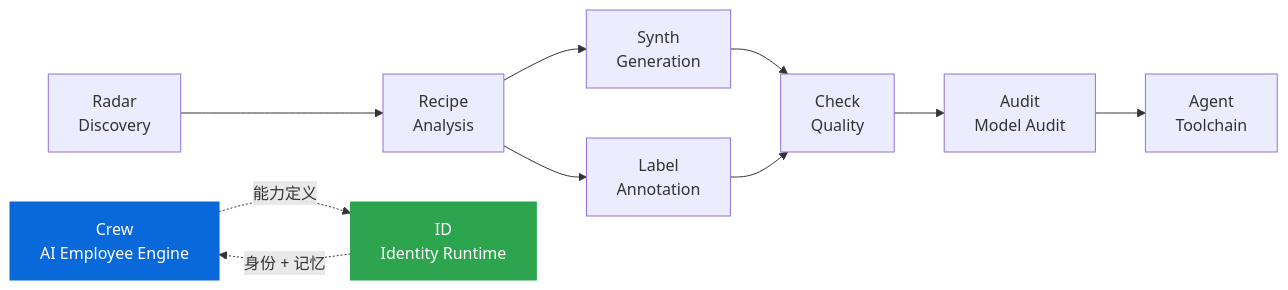
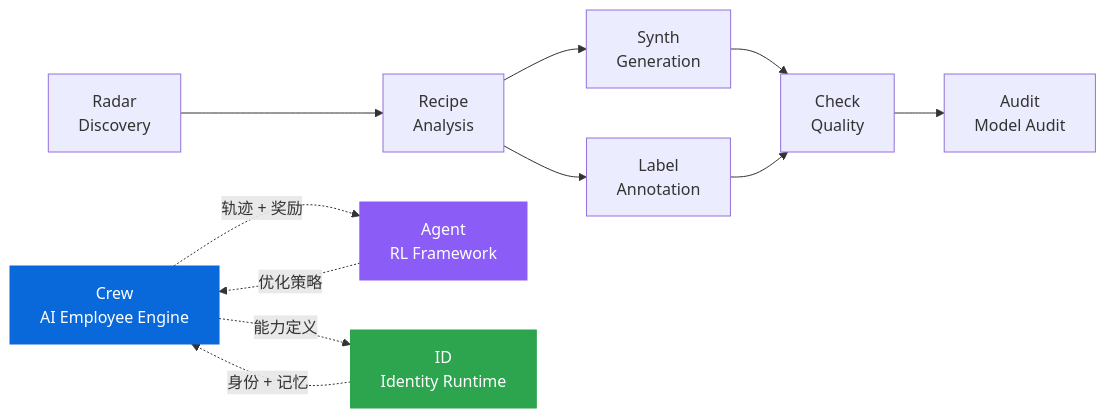
Before and after one commit to liuxiaotong/knowlyr-crew: the second of 2 diagrams in README.md, drawn with Mermaid. The commit also changed other lines of this file, not shown here.

Commit message:
docs: 统一生态表格层级命名，修正 Agent 项目定位描述

````diff
--- a/README.md
+++ b/README.md
@@ -599,16 +599,19 @@
 ```mermaid
 graph LR
     Radar["Radar<br/>Discovery"] --> Recipe["Recipe<br/>Analysis"]
     Recipe --> Synth["Synth<br/>Generation"]
     Recipe --> Label["Label<br/>Annotation"]
     Synth --> Check["Check<br/>Quality"]
     Label --> Check
     Check --> Audit["Audit<br/>Model Audit"]
-    Audit --> Agent["Agent<br/>Toolchain"]
     Crew["Crew<br/>AI Employee Engine"]
+    Agent["Agent<br/>RL Framework"]
     ID["ID<br/>Identity Runtime"]
     Crew -.->|能力定义| ID
     ID -.->|身份 + 记忆| Crew
+    Crew -.->|轨迹 + 奖励| Agent
+    Agent -.->|优化策略| Crew
     style Crew fill:#0969da,color:#fff,stroke:#0969da
     style ID fill:#2da44e,color:#fff,stroke:#2da44e
+    style Agent fill:#8b5cf6,color:#fff,stroke:#8b5cf6
 ```
````
